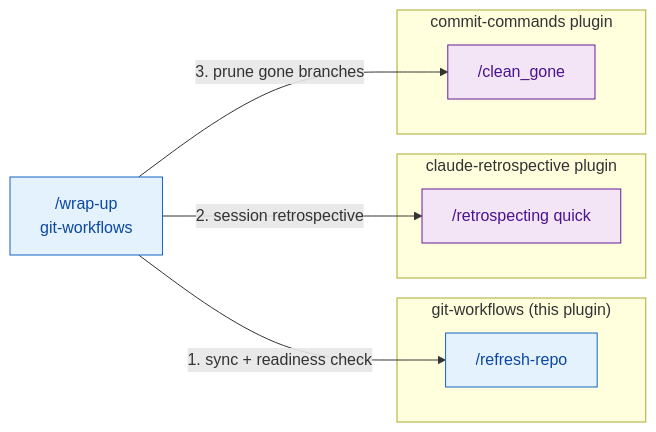
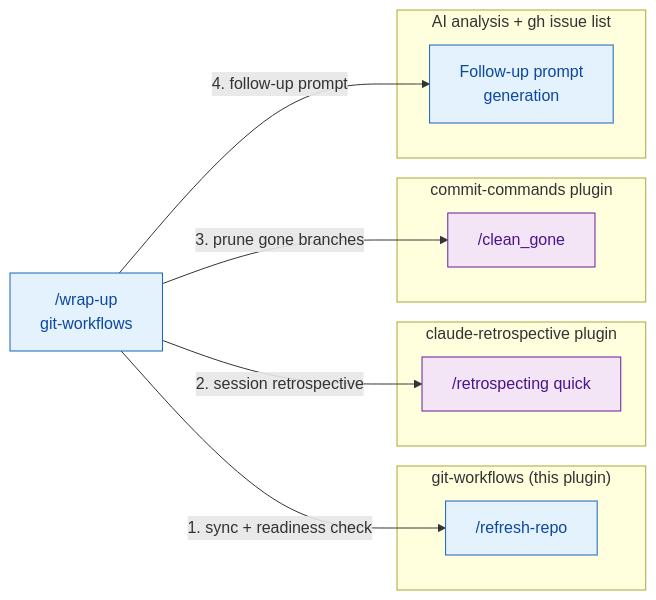
One commit to JacobPEvans/claude-code-plugins changed the second of 4 diagrams in git-workflows/ARCHITECTURE.md. Above: the diagram before and after it, drawn with Mermaid. The commit also changed other lines of this file and 1 other file, not shown here.

Commit message:
feat(wrap-up): add follow-up session prompt generation
Extends /wrap-up with a Step 4 that scans conversation history for unfinished work, session issues, and future tasks, then triages them into a ready-to-paste next-session prompt and recommended GitHub issues.

Updates ARCHITECTURE.md diagrams to reflect the new built-in AI analysis step alongside the existing external skill composition.

````diff
--- a/git-workflows/ARCHITECTURE.md
+++ b/git-workflows/ARCHITECTURE.md
@@ -56,23 +57,28 @@
 ```mermaid
 flowchart LR
     classDef ai fill:#e3f2fd,stroke:#1565c0,color:#0d47a1
     classDef external fill:#f3e5f5,stroke:#6a1b9a,color:#4a148c
 
     wrap_up["/wrap-up\ngit-workflows"]:::ai
 
     subgraph local["git-workflows (this plugin)"]
         refresh_repo["/refresh-repo"]:::ai
     end
 
     subgraph retro["claude-retrospective plugin"]
         retrospecting["/retrospecting quick"]:::external
     end
 
     subgraph commits["commit-commands plugin"]
         clean_gone["/clean_gone"]:::external
     end
 
+    subgraph builtin["AI analysis + gh issue list"]
+        follow_up["Follow-up prompt\ngeneration"]:::ai
+    end
+
     wrap_up -->|"1. sync + readiness check"| refresh_repo
     wrap_up -->|"2. session retrospective"| retrospecting
     wrap_up -->|"3. prune gone branches"| clean_gone
+    wrap_up -->|"4. follow-up prompt"| follow_up
 ```
````
